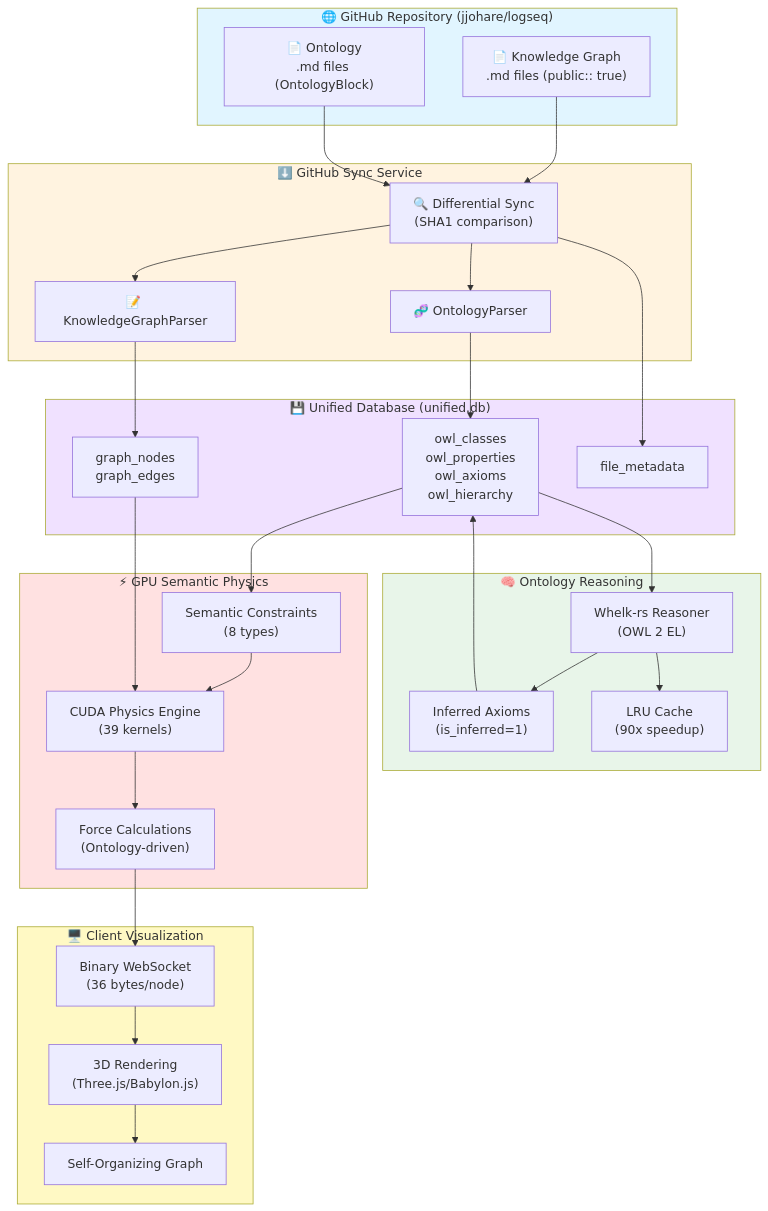
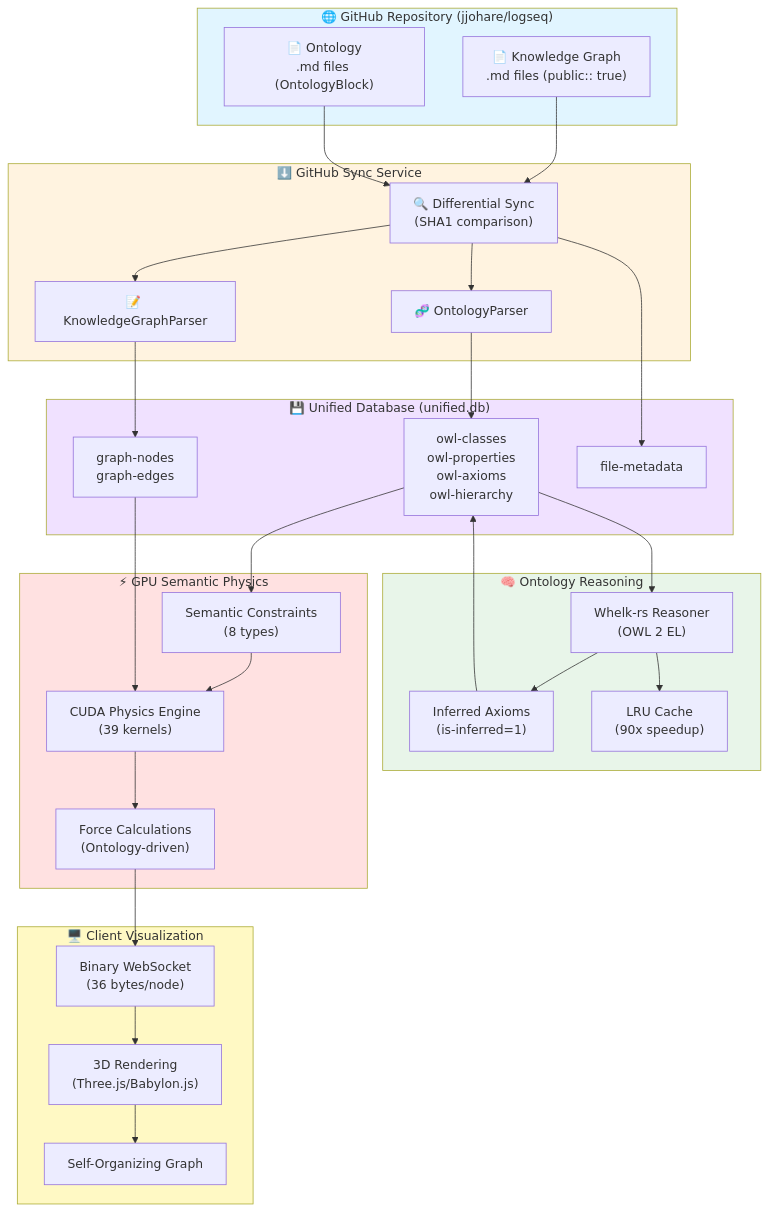
One commit to DreamLab-AI/VisionFlow changed the first of 7 diagrams in docs/concepts/architecture/data-flow-complete.md. Above: the diagram before and after it, drawn with Mermaid. The commit also changed other lines of this file and 184 other files, not shown here.

````diff
--- a/docs/concepts/architecture/data-flow-complete.md
+++ b/docs/concepts/architecture/data-flow-complete.md
@@ -25,66 +25,66 @@
 ```mermaid
 graph TB
     subgraph GitHub["🌐 GitHub Repository (jjohare/logseq)"]
         MD1["📄 Knowledge Graph<br/>.md files (public:: true)"]
         MD2["📄 Ontology<br/>.md files (OntologyBlock)"]
     end
 
     subgraph Sync["⬇️ GitHub Sync Service"]
         DIFF["🔍 Differential Sync<br/>(SHA1 comparison)"]
         KGP["📝 KnowledgeGraphParser"]
         ONTOP["🧬 OntologyParser"]
     end
 
     subgraph Database["💾 Unified Database (unified.db)"]
-        GRAPH_TABLES["graph_nodes<br/>graph_edges"]
-        OWL_TABLES["owl_classes<br/>owl_properties<br/>owl_axioms<br/>owl_hierarchy"]
-        META["file_metadata"]
+        GRAPH-TABLES["graph-nodes<br/>graph-edges"]
+        OWL-TABLES["owl-classes<br/>owl-properties<br/>owl-axioms<br/>owl-hierarchy"]
+        META["file-metadata"]
     end
 
     subgraph Reasoning["🧠 Ontology Reasoning"]
         WHELK["Whelk-rs Reasoner<br/>(OWL 2 EL)"]
-        INFER["Inferred Axioms<br/>(is_inferred=1)"]
+        INFER["Inferred Axioms<br/>(is-inferred=1)"]
         CACHE["LRU Cache<br/>(90x speedup)"]
     end
 
     subgraph Physics["⚡ GPU Semantic Physics"]
         CONSTRAINTS["Semantic Constraints<br/>(8 types)"]
         CUDA["CUDA Physics Engine<br/>(39 kernels)"]
         FORCES["Force Calculations<br/>(Ontology-driven)"]
     end
 
     subgraph Client["🖥️ Client Visualization"]
         WS["Binary WebSocket<br/>(36 bytes/node)"]
         RENDER["3D Rendering<br/>(Three.js/Babylon.js)"]
         GRAPH["Self-Organizing Graph"]
     end
 
     MD1 --> DIFF
     MD2 --> DIFF
     DIFF --> KGP
     DIFF --> ONTOP
-    KGP --> GRAPH_TABLES
-    ONTOP --> OWL_TABLES
+    KGP --> GRAPH-TABLES
+    ONTOP --> OWL-TABLES
     DIFF --> META
 
-    OWL_TABLES --> WHELK
+    OWL-TABLES --> WHELK
     WHELK --> INFER
-    INFER --> OWL_TABLES
+    INFER --> OWL-TABLES
     WHELK --> CACHE
 
-    OWL_TABLES --> CONSTRAINTS
+    OWL-TABLES --> CONSTRAINTS
     CONSTRAINTS --> CUDA
-    GRAPH_TABLES --> CUDA
+    GRAPH-TABLES --> CUDA
     CUDA --> FORCES
 
     FORCES --> WS
     WS --> RENDER
     RENDER --> GRAPH
 
     style GitHub fill:#e1f5ff
     style Sync fill:#fff3e0
     style Database fill:#f0e1ff
     style Reasoning fill:#e8f5e9
     style Physics fill:#ffe1e1
     style Client fill:#fff9c4
 ```
````
